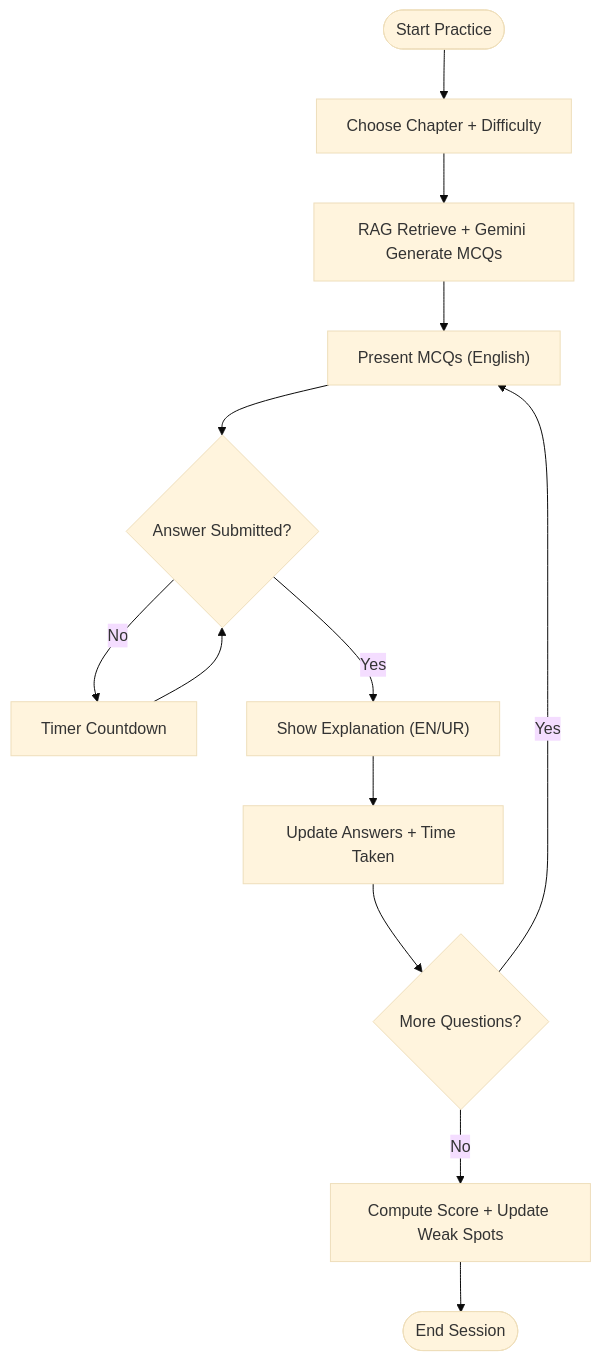
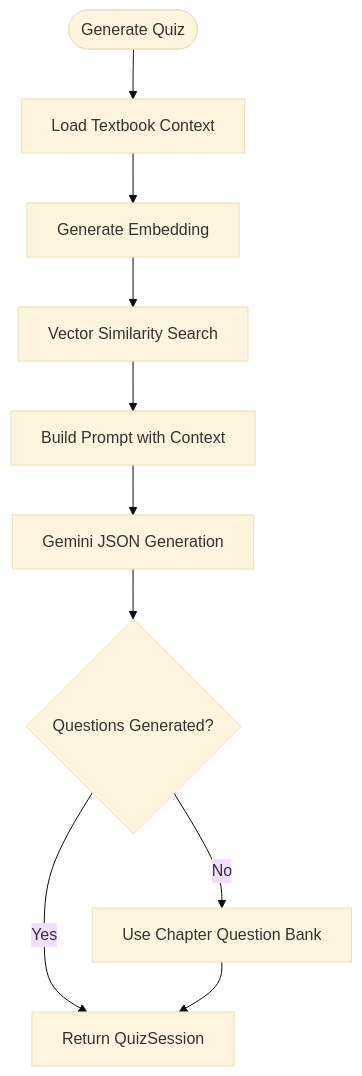
The third of 7 diagrams in .qoder/repowiki/en/content/Core Features/Core Features.md (Daniiyal-creates/MedAce-AI), drawn with Mermaid (base theme) before and after one commit. The commit also changed other lines of this file and 159 other files, not shown here.

````diff
--- a/.qoder/repowiki/en/content/Core Features/Core Features.md
+++ b/.qoder/repowiki/en/content/Core Features/Core Features.md
@@ -127,15 +140,12 @@
 ```mermaid
 flowchart TD
-Start(["Start Practice"]) --> Choose["Choose Chapter + Difficulty"]
-Choose --> Generate["RAG Retrieve + Gemini Generate MCQs"]
-Generate --> Present["Present MCQs (English)"]
-Present --> Answer{"Answer Submitted?"}
-Answer --> |No| Timer["Timer Countdown"]
-Timer --> Answer
-Answer --> |Yes| Feedback["Show Explanation (EN/UR)"]
-Feedback --> Update["Update Answers + Time Taken"]
-Update --> Next{"More Questions?"}
-Next --> |Yes| Present
-Next --> |No| Results["Compute Score + Update Weak Spots"]
-Results --> End(["End Session"])
+Start(["Generate Quiz"]) --> LoadCtx["Load Textbook Context"]
+LoadCtx --> Embed["Generate Embedding"]
+Embed --> Search["Vector Similarity Search"]
+Search --> Prompt["Build Prompt with Context"]
+Prompt --> GenAI["Gemini JSON Generation"]
+GenAI --> HasQ{"Questions Generated?"}
+HasQ -- Yes --> Return["Return QuizSession"]
+HasQ -- No --> Fallback["Use Chapter Question Bank"]
+Fallback --> Return
 ```
````
